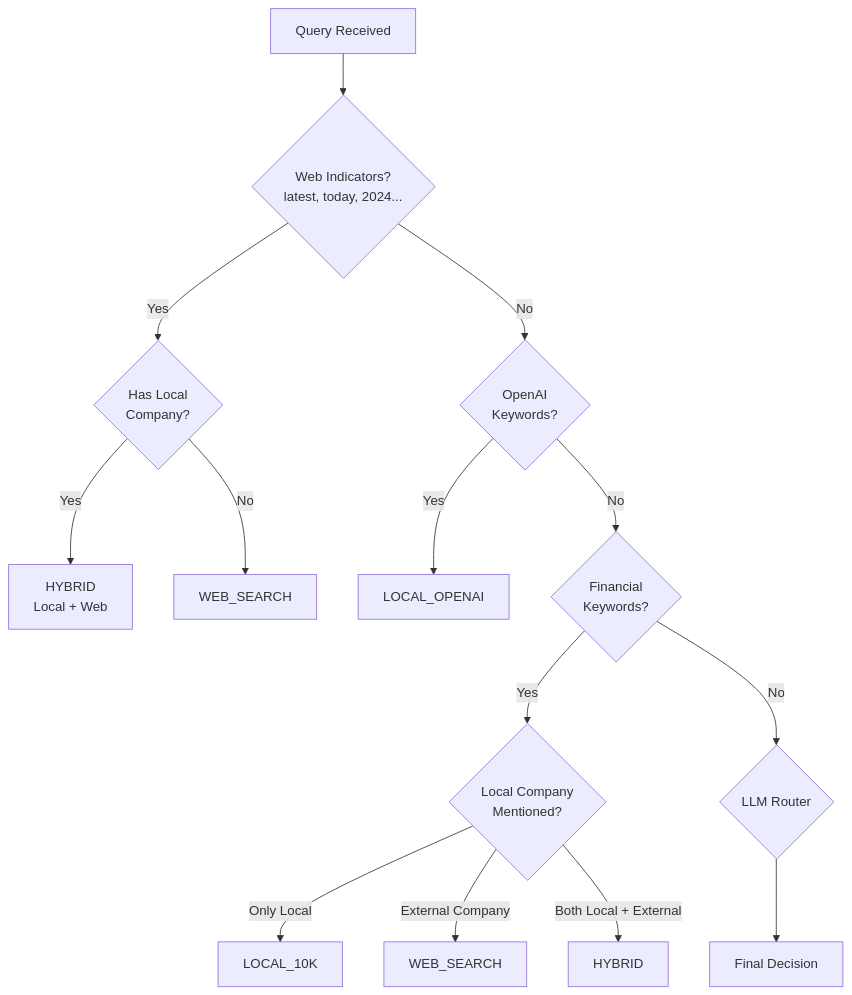
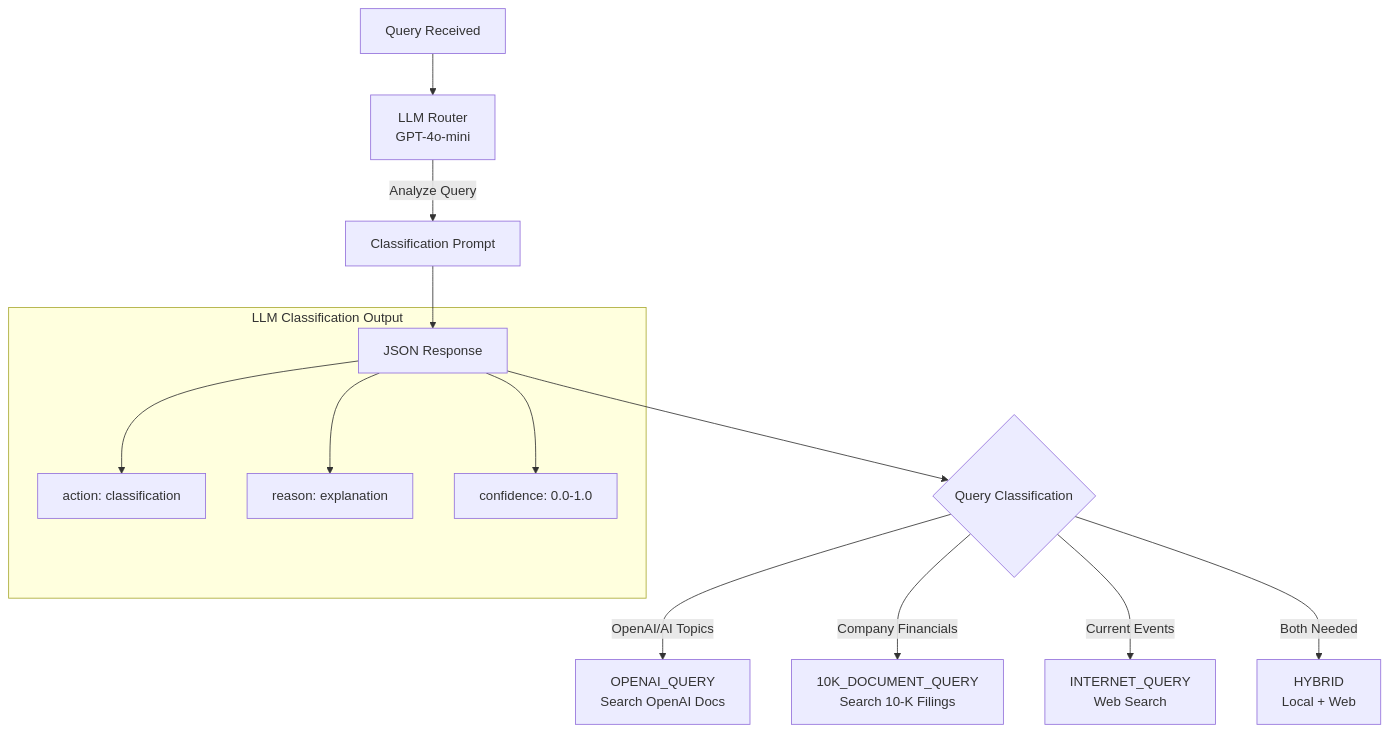
The fourth of 5 diagrams in README.md (brianvanko/agentic-search-engine), drawn with Mermaid before and after one commit. The commit also changed other lines of this file and 12 other files, not shown here.

````diff
--- a/README.md
+++ b/README.md
@@ -163,21 +165,20 @@
 ```mermaid
 flowchart TD
-    Q[Query Received] --> WI{Web Indicators?<br/>latest, today, 2024...}
+    Q[Query Received] --> LLM[LLM Router<br/>GPT-4o-mini]
 
-    WI -->|Yes| HLC{Has Local<br/>Company?}
-    HLC -->|Yes| HYBRID[HYBRID<br/>Local + Web]
-    HLC -->|No| WEB[WEB_SEARCH]
+    LLM -->|Analyze Query| PROMPT[Classification Prompt]
+    PROMPT --> JSON[JSON Response]
 
-    WI -->|No| OAI{OpenAI<br/>Keywords?}
-    OAI -->|Yes| OPENAI[LOCAL_OPENAI]
+    JSON --> DECISION{Query Classification}
 
-    OAI -->|No| FIN{Financial<br/>Keywords?}
-    FIN -->|Yes| LC{Local Company<br/>Mentioned?}
+    DECISION -->|OpenAI/AI Topics| OPENAI[OPENAI_QUERY<br/>Search OpenAI Docs]
+    DECISION -->|Company Financials| TENK[10K_DOCUMENT_QUERY<br/>Search 10-K Filings]
+    DECISION -->|Current Events| WEB[INTERNET_QUERY<br/>Web Search]
+    DECISION -->|Both Needed| HYBRID[HYBRID<br/>Local + Web]
 
-    LC -->|Only Local| LOCAL[LOCAL_10K]
-    LC -->|External Company| WEBF[WEB_SEARCH]
-    LC -->|Both Local + External| HYBRIDF[HYBRID]
-
-    FIN -->|No| LLM{LLM Router}
-    LLM --> DECISION[Final Decision]
+    subgraph "LLM Classification Output"
+        JSON --> ACTION[action: classification]
+        JSON --> REASON[reason: explanation]
+        JSON --> CONF[confidence: 0.0-1.0]
+    end
 ```
````
